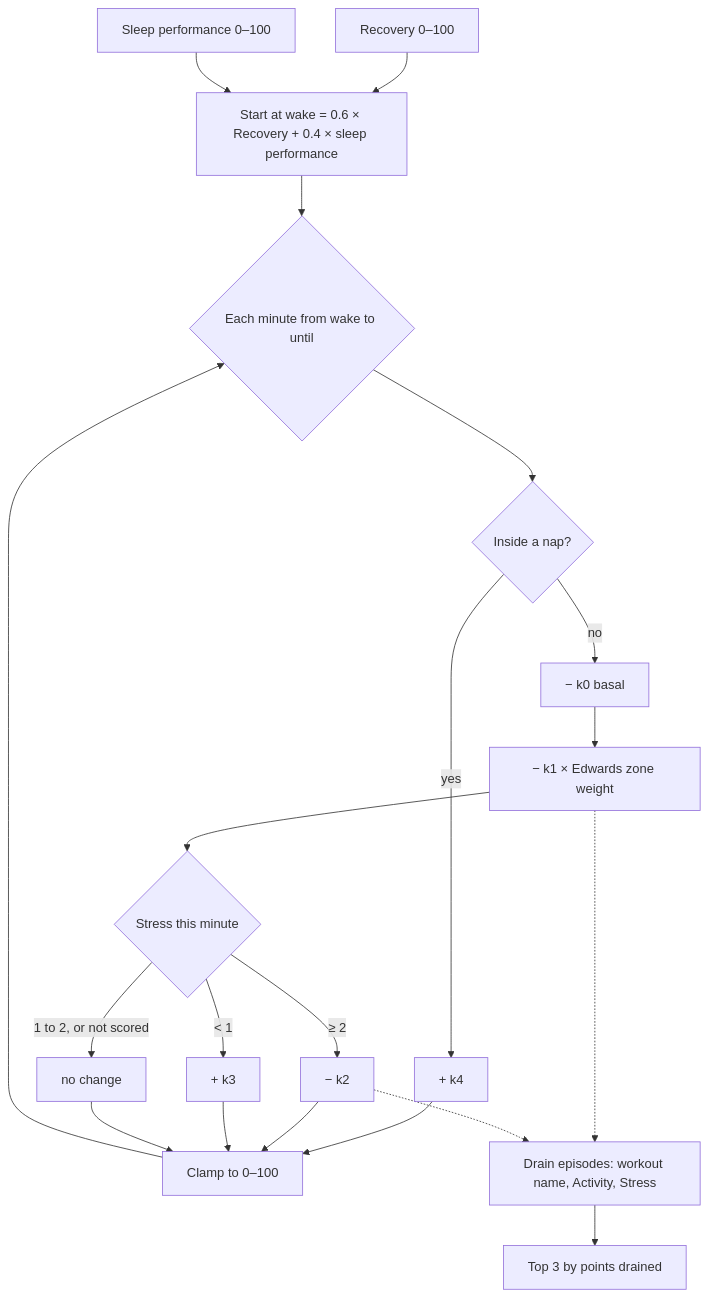
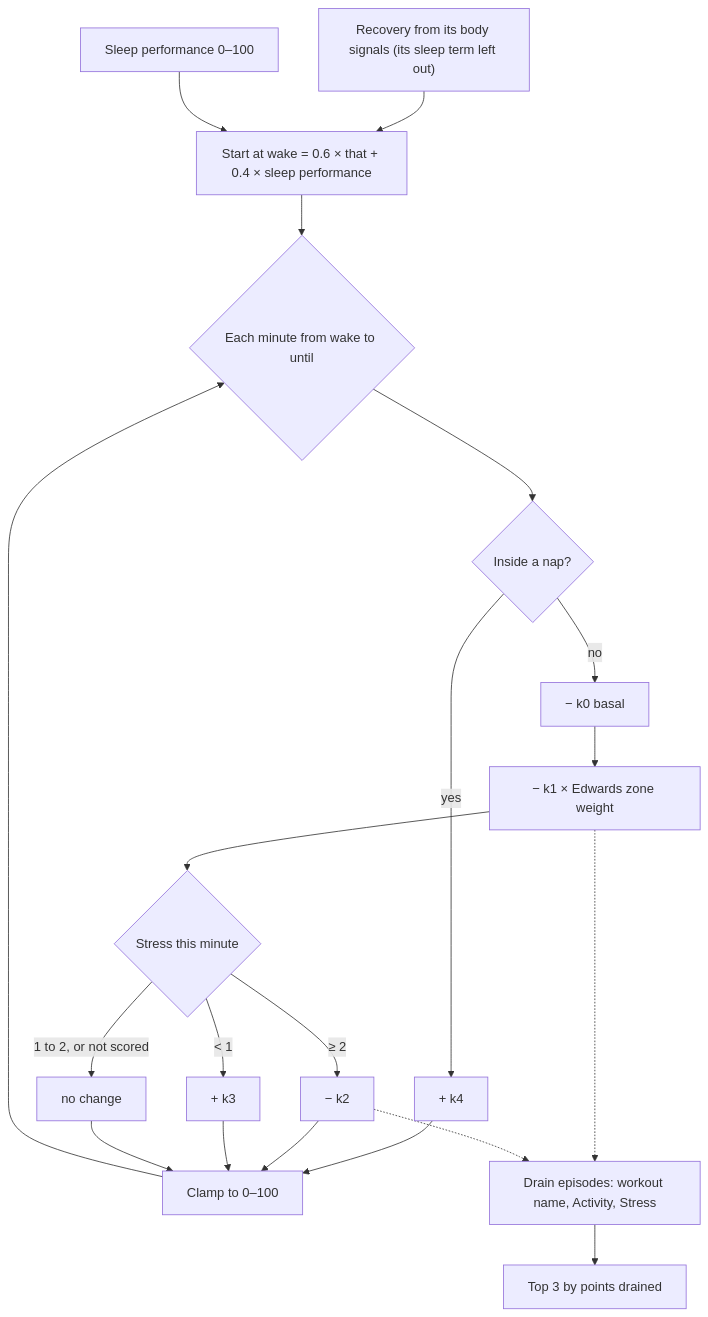
The diagram in docs/algorithms/energy-bank.md (RohitDhatrak/pulse), drawn with Mermaid before and after one commit. The commit also changed other lines of this file and 9 other files, not shown here.

````diff
--- a/docs/algorithms/energy-bank.md
+++ b/docs/algorithms/energy-bank.md
@@ -11,22 +18,22 @@
 ```mermaid
 flowchart TB
-  R[Recovery 0–100] --> S0[Start at wake = 0.6 × Recovery + 0.4 × sleep performance]
+  R["Recovery from its body signals (its sleep term left out)"] --> S0["Start at wake = 0.6 × that + 0.4 × sleep performance"]
   SP[Sleep performance 0–100] --> S0
   S0 --> LOOP{Each minute from wake to until}
   LOOP --> NAP{Inside a nap?}
   NAP -->|yes| K4[+ k4]
   NAP -->|no| K0[− k0 basal]
   K0 --> K1[− k1 × Edwards zone weight]
   K1 --> ST{Stress this minute}
   ST -->|≥ 2| K2[− k2]
   ST -->|< 1| K3[+ k3]
   ST -->|1 to 2, or not scored| N[no change]
   K4 --> C[Clamp to 0–100]
   K2 --> C
   K3 --> C
   N --> C
   C --> LOOP
   K1 -.-> D[Drain episodes: workout name, Activity, Stress]
   K2 -.-> D
   D --> TOP[Top 3 by points drained]
 ```
````
